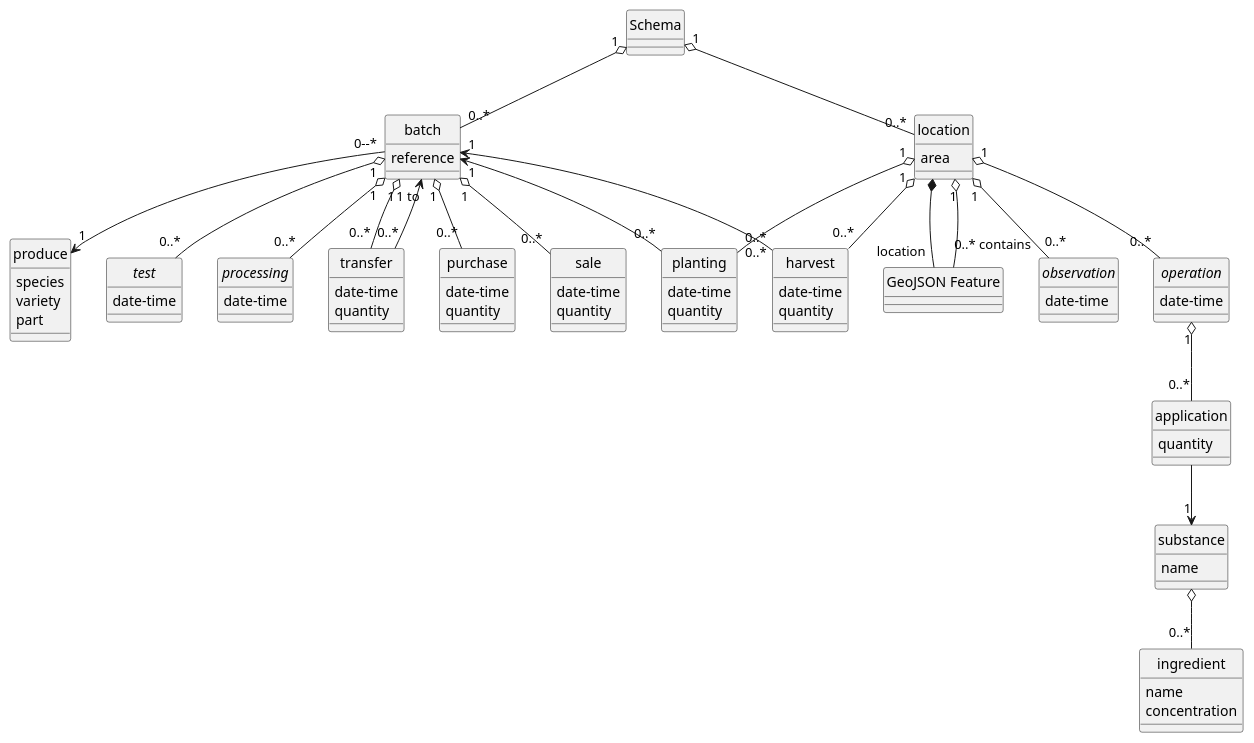
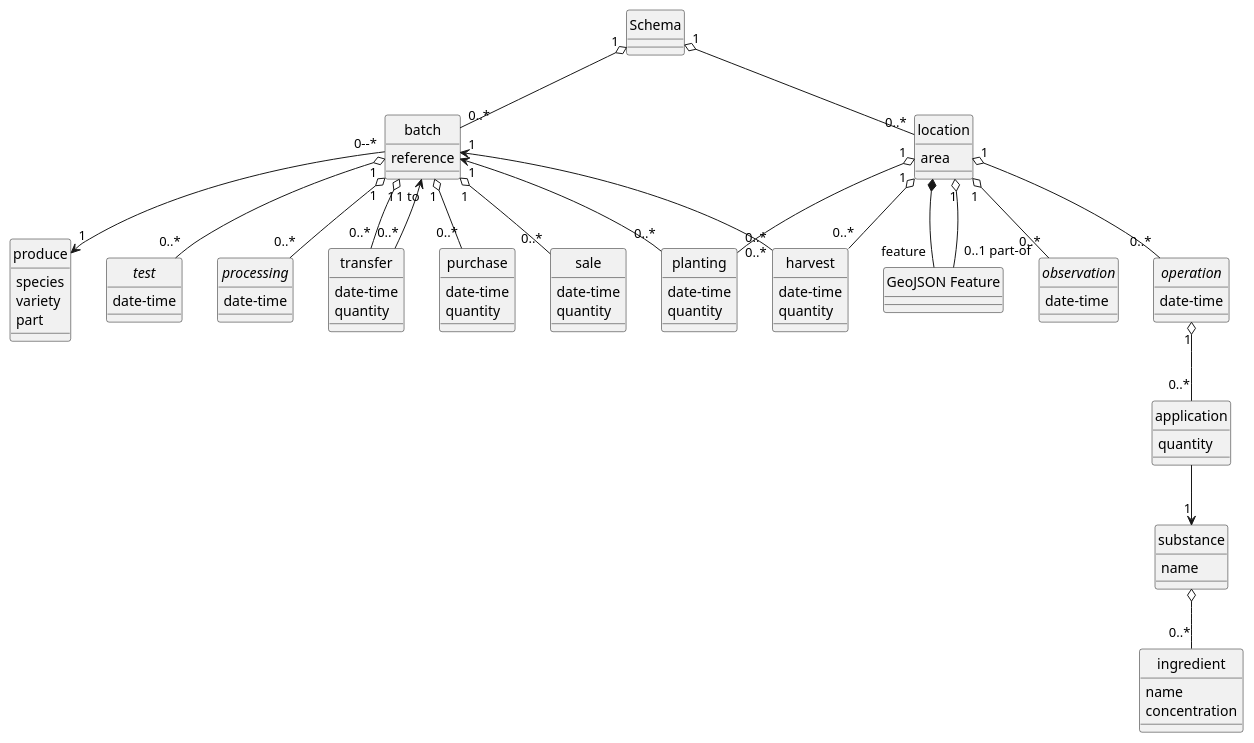
One commit to Charles1625/crop-production-ontology changed the diagram in Schema/schema.puml. Above: the diagram before and after it, drawn with PlantUML. The commit also changed 2 other files, not shown here.

Commit message:
contains -> part-of

```diff
--- a/Schema/schema.puml
+++ b/Schema/schema.puml
@@ -1,96 +1,96 @@
 @startuml
 hide circle
 
 class Schema
 
 class harvest {
 date-time
 quantity
 }
 location "1" o-- "0..*" harvest
 batch "1" <-- "0..*" harvest
 
 class planting {
 date-time
 quantity
 }
 location "1" o-- "0..*" planting
 batch "1" <-- "0..*" planting
 
 class location {
 area
 }
 Schema "1" o-- "0..*" location
 
 class "GeoJSON Feature" as feature
 
-location *-- "location" feature
-location "1" o-- "0..* contains" feature
+location *-- "feature" feature
+location "1" o-- "0..1 part-of" feature
 
 class transfer {
 date-time
 quantity
 }
 batch "1" o-- "0..*" transfer
 batch "1 to" <-- "0..*" transfer
 
 class purchase {
 date-time
 quantity
 }
 batch "1" o-- "0..*" purchase
 
 class sale {
 date-time
 quantity
 }
 batch "1" o-- "0..*" sale
 
 class batch {
 reference
 }
 Schema "1" o-- "0..*" batch
 
 class produce {
 species
 variety
 part
 }
 batch "0--*" --> "1" produce
 
 abstract observation {
 date-time
 }
 location "1" o-- "0..*" observation
 
 abstract operation {
 date-time
 }
 location "1" o-- "0..*" operation
 operation "1" o-- "0..*" application
 
 abstract test {
 date-time
 }
 batch "1" o-- "0..*" test
 
 abstract processing {
 date-time
 }
 batch "1" o-- "0..*" processing
 
 class application {
 	quantity
 }
 
 class substance {
 name
 }
 application --> "1" substance
 
 class ingredient {
 name
 concentration
 }
 substance o-- "0..*" ingredient
 @enduml
```
